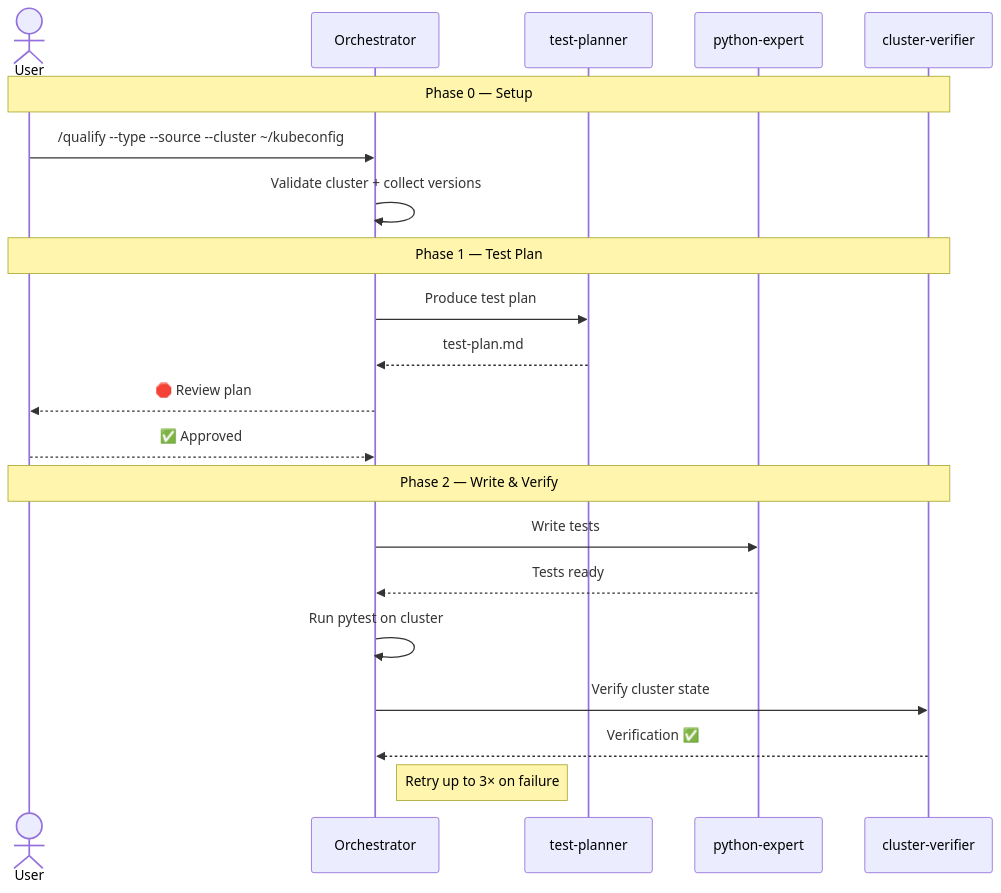
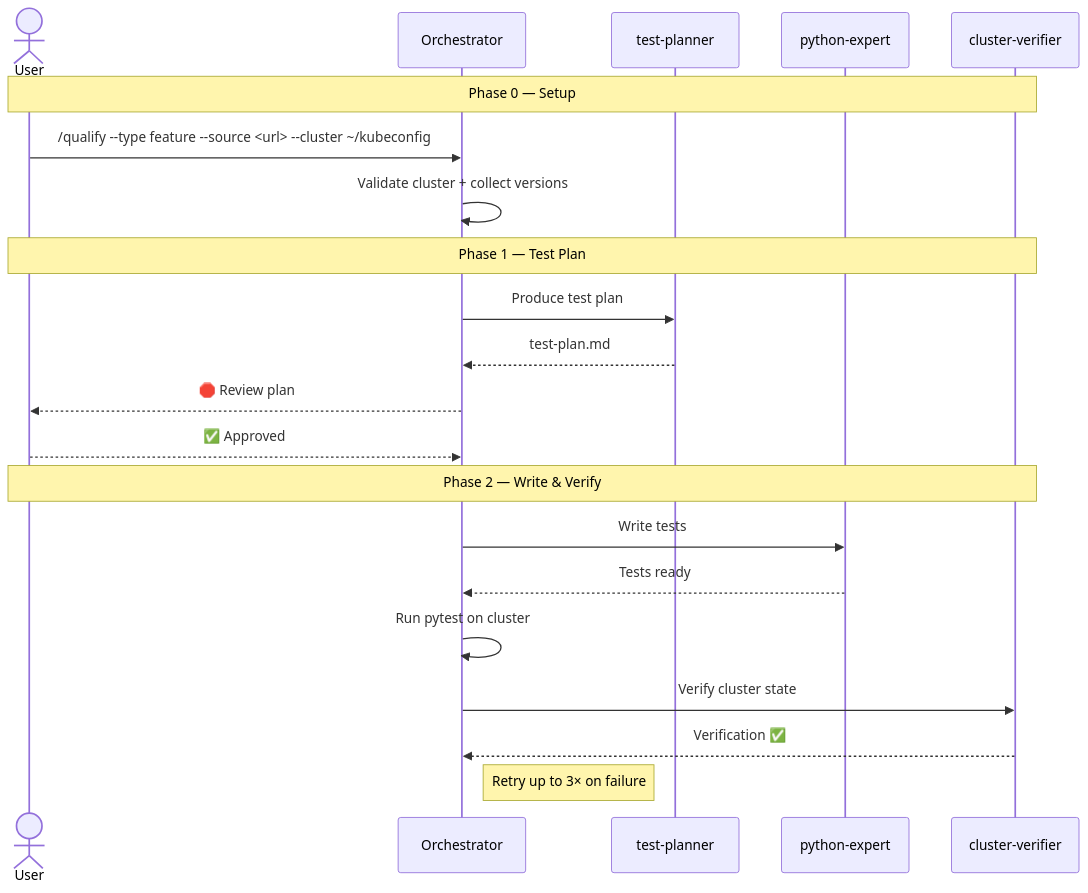
The eighth of 9 diagrams in llm/qualify/workflow-diagrams.md (RedHatQE/mtv-api-tests), drawn with Mermaid before and after one commit. The commit also changed 2 other files, not shown here.

Commit message:
fix: address Qodo cycle 2 review findings
- Add explicit PYTEST_EXIT gating logic to enforce pass/fail branching
- Add concrete argument values to sequence diagram example
- Improve tool name mapping comment with actionable instructions

````diff
--- a/llm/qualify/workflow-diagrams.md
+++ b/llm/qualify/workflow-diagrams.md
@@ -301,26 +301,26 @@
 ```mermaid
 sequenceDiagram
     actor User
     participant Orch as Orchestrator
     participant TP as test-planner
     participant PE as python-expert
     participant CV as cluster-verifier
 
     Note over User,CV: Phase 0 — Setup
-    User ->> Orch: /qualify --type --source --cluster ~/kubeconfig
+    User ->> Orch: /qualify --type feature --source <url> --cluster ~/kubeconfig
     Orch ->> Orch: Validate cluster + collect versions
 
     Note over User,CV: Phase 1 — Test Plan
     Orch ->> TP: Produce test plan
     TP -->> Orch: test-plan.md
     Orch -->> User: 🛑 Review plan
     User -->> Orch: ✅ Approved
 
     Note over User,CV: Phase 2 — Write & Verify
     Orch ->> PE: Write tests
     PE -->> Orch: Tests ready
     Orch ->> Orch: Run pytest on cluster
     Orch ->> CV: Verify cluster state
     CV -->> Orch: Verification ✅
     Note right of Orch: Retry up to 3× on failure
 ```
````
